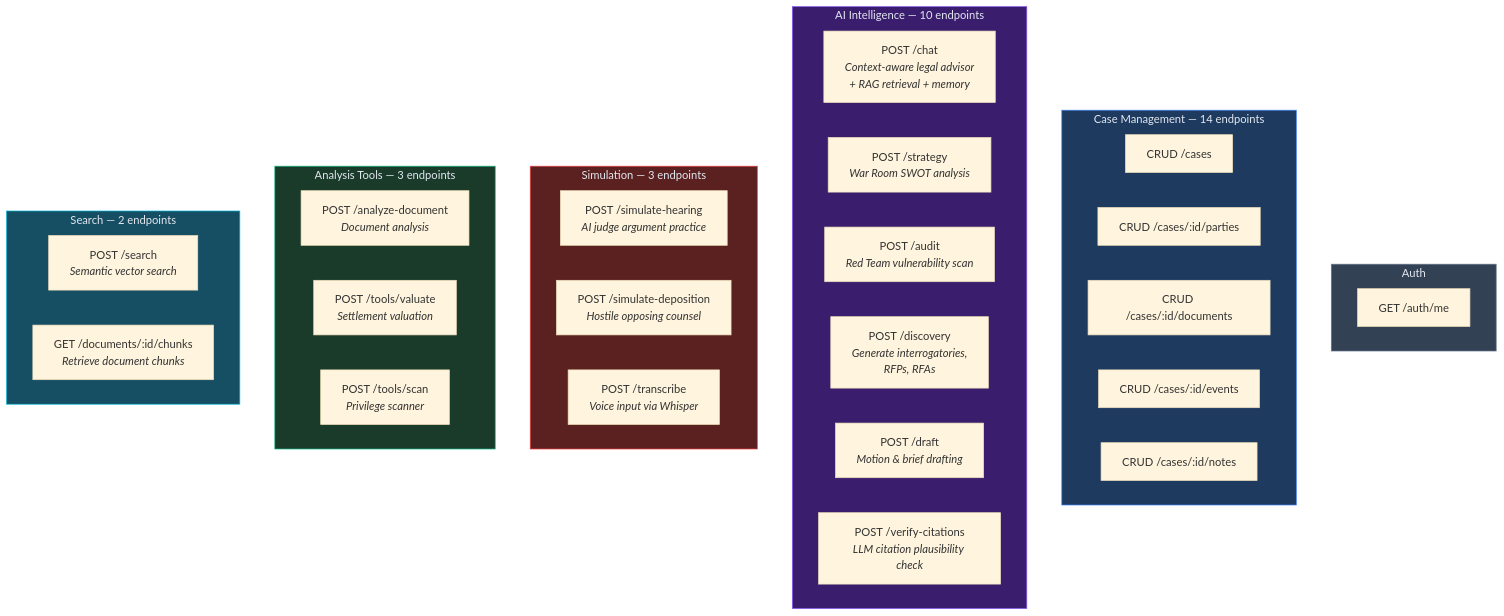
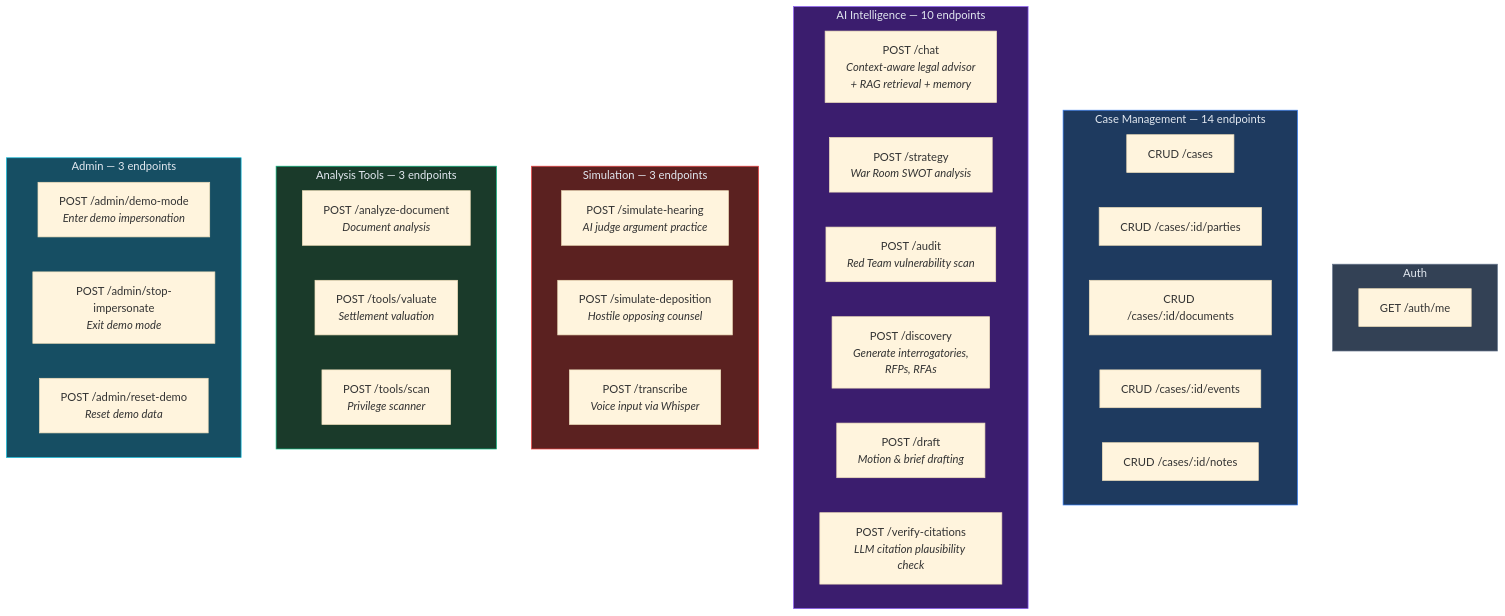
Before and after one commit to EolaFam1828/AetherLegalIntelligence: the seventh of 11 diagrams in ARCHITECTURE.md, drawn with Mermaid (base theme). The commit also changed other lines of this file and 2 other files, not shown here.

Commit message:
Sync docs: 40 endpoints, Office doc support, calendar views, demo mode
- Update endpoint count from 36+ to 40 (3 admin demo mode endpoints)
- Fix RAG pipeline diagram: PDF · Office · Text (images were never supported)
- Replace nonexistent Search endpoints with Admin endpoints in API surface
- Document Intelligence: add Office formats (.docx, .xlsx, .pptx, .doc, .rtf)
- Timeline Tracking: add month calendar and week calendar display modes
- Add upload validation (unsupported types rejected with 415)

````diff
--- a/ARCHITECTURE.md
+++ b/ARCHITECTURE.md
@@ -357,47 +357,48 @@
 ```mermaid
 flowchart TB
     subgraph AUTH["Auth"]
         A1["GET /auth/me"]
     end
 
     subgraph CASE_MGMT["Case Management — 14 endpoints"]
         C1["CRUD /cases"]
         C2["CRUD /cases/:id/parties"]
         C3["CRUD /cases/:id/documents"]
         C4["CRUD /cases/:id/events"]
         C5["CRUD /cases/:id/notes"]
     end
 
     subgraph AI_INTEL["AI Intelligence — 10 endpoints"]
         I1["POST /chat<br/><i>Context-aware legal advisor<br/>+ RAG retrieval + memory</i>"]
         I2["POST /strategy<br/><i>War Room SWOT analysis</i>"]
         I3["POST /audit<br/><i>Red Team vulnerability scan</i>"]
         I4["POST /discovery<br/><i>Generate interrogatories,<br/>RFPs, RFAs</i>"]
         I5["POST /draft<br/><i>Motion & brief drafting</i>"]
         I6["POST /verify-citations<br/><i>LLM citation plausibility check</i>"]
     end
 
     subgraph SIMULATION["Simulation — 3 endpoints"]
         S1["POST /simulate-hearing<br/><i>AI judge argument practice</i>"]
         S2["POST /simulate-deposition<br/><i>Hostile opposing counsel</i>"]
         S3["POST /transcribe<br/><i>Voice input via Whisper</i>"]
     end
 
     subgraph TOOLS["Analysis Tools — 3 endpoints"]
         T1["POST /analyze-document<br/><i>Document analysis</i>"]
         T2["POST /tools/valuate<br/><i>Settlement valuation</i>"]
         T3["POST /tools/scan<br/><i>Privilege scanner</i>"]
     end
 
-    subgraph SEARCH["Search — 2 endpoints"]
-        SE1["POST /search<br/><i>Semantic vector search</i>"]
-        SE2["GET /documents/:id/chunks<br/><i>Retrieve document chunks</i>"]
+    subgraph ADMIN["Admin — 3 endpoints"]
+        AD1["POST /admin/demo-mode<br/><i>Enter demo impersonation</i>"]
+        AD2["POST /admin/stop-impersonate<br/><i>Exit demo mode</i>"]
+        AD3["POST /admin/reset-demo<br/><i>Reset demo data</i>"]
     end
 
     style AUTH fill:#334155,stroke:#64748b,color:#e2e8f0
     style CASE_MGMT fill:#1e3a5f,stroke:#3b82f6,color:#e2e8f0
     style AI_INTEL fill:#3b1d6e,stroke:#8b5cf6,color:#e2e8f0
     style SIMULATION fill:#5b2120,stroke:#ef4444,color:#e2e8f0
     style TOOLS fill:#1a3a2a,stroke:#10b981,color:#e2e8f0
-    style SEARCH fill:#164e63,stroke:#06b6d4,color:#e2e8f0
+    style ADMIN fill:#164e63,stroke:#06b6d4,color:#e2e8f0
 ```
````
